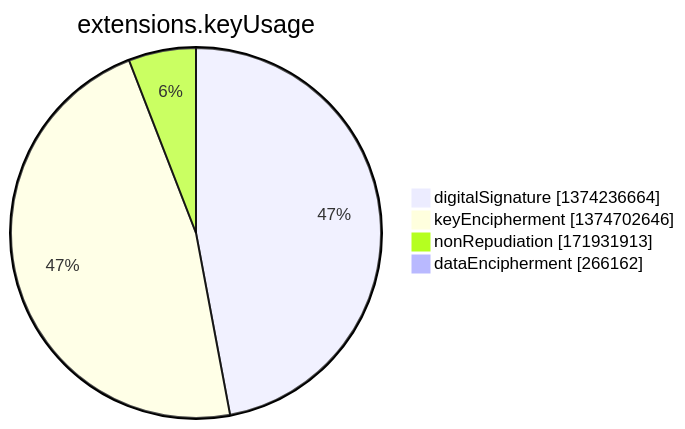
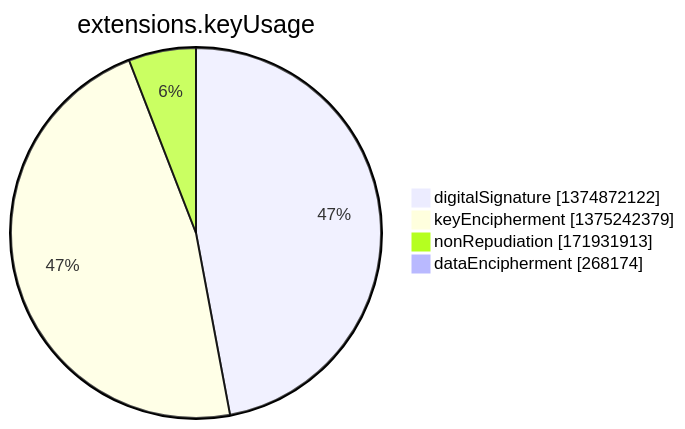
The seventh of 15 diagrams in argon2022/README.md (christiankrug/ctmonitor_visualization), drawn with Mermaid before and after one commit. The commit also changed other lines of this file, not shown here.

````diff
--- a/argon2022/README.md
+++ b/argon2022/README.md
@@ -2751,8 +2751,8 @@
 ```mermaid
 pie showData
 title extensions.keyUsage
-"digitalSignature" :1374236664
-"keyEncipherment" :1374702646
+"digitalSignature" :1374872122
+"keyEncipherment" :1375242379
 "nonRepudiation" :171931913
-"dataEncipherment" :266162
+"dataEncipherment" :268174
 ```
````
